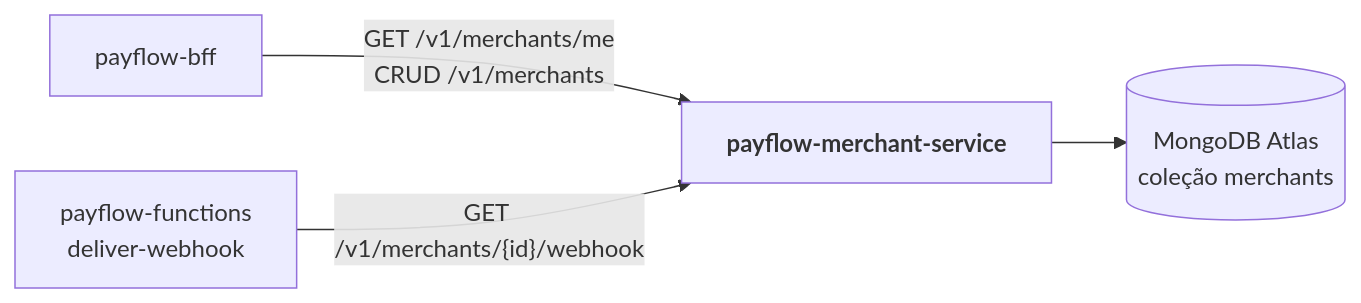
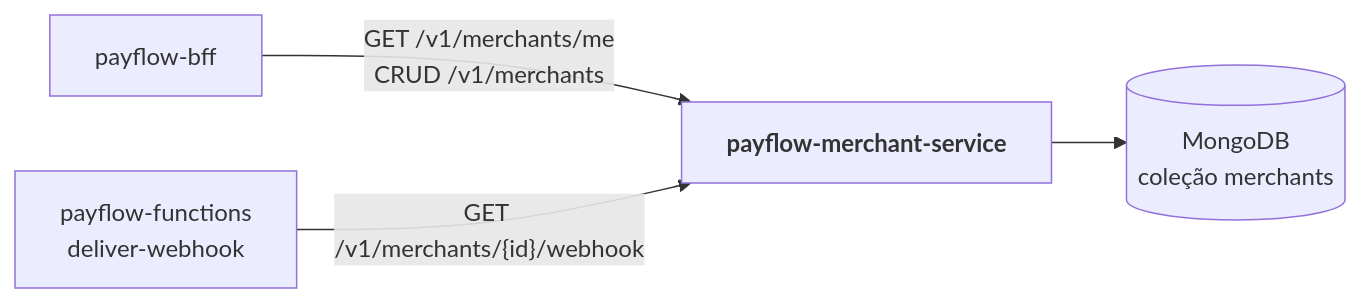
The diagram in README.md (g-celente/payflow-merchant-service), drawn with Mermaid before and after one commit. The commit also changed other lines of this file and 124 other files, not shown here.

````diff
--- a/README.md
+++ b/README.md
@@ -22,6 +23,6 @@
 ```mermaid
 flowchart LR
     bff["payflow-bff"] -- "GET /v1/merchants/me<br/>CRUD /v1/merchants" --> ms["<b>payflow-merchant-service</b>"]
     fn["payflow-functions<br/>deliver-webhook"] -- "GET /v1/merchants/{id}/webhook" --> ms
-    ms --> atlas[("MongoDB Atlas<br/>coleção merchants")]
+    ms --> atlas[("MongoDB<br/>coleção merchants")]
 ```
````
